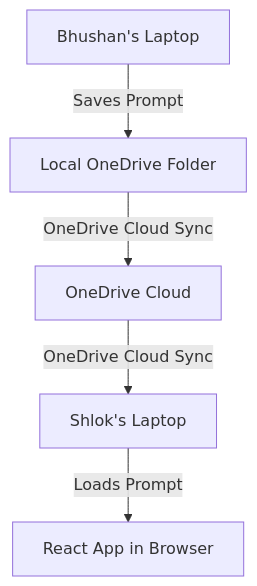
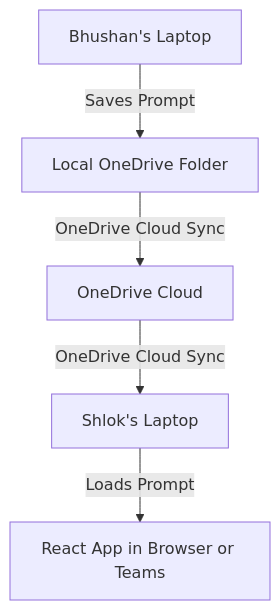
One commit to shlokbam/PromptVault changed the diagram in README.md. Above: the diagram before and after it, drawn with Mermaid. The commit also changed other lines of this file, not shown here.

Commit message:
docs: restructure and clarify PromptVault OneDrive/Teams deployment guide

````diff
--- a/README.md
+++ b/README.md
@@ -13,7 +13,7 @@
 ```mermaid
 graph TD
     A[Bhushan's Laptop] -->|Saves Prompt| B[Local OneDrive Folder]
     B -->|OneDrive Cloud Sync| C[OneDrive Cloud]
     C -->|OneDrive Cloud Sync| D[Shlok's Laptop]
-    D -->|Loads Prompt| E[React App in Browser]
+    D -->|Loads Prompt| E[React App in Browser or Teams]
 ```
````
